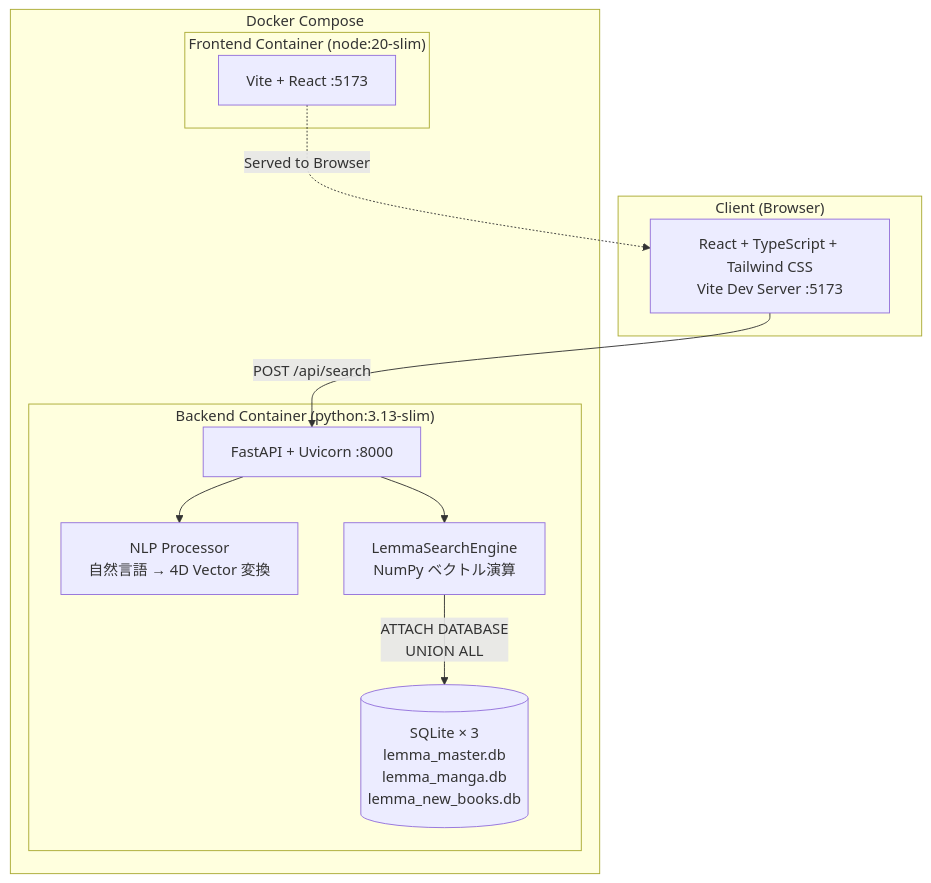
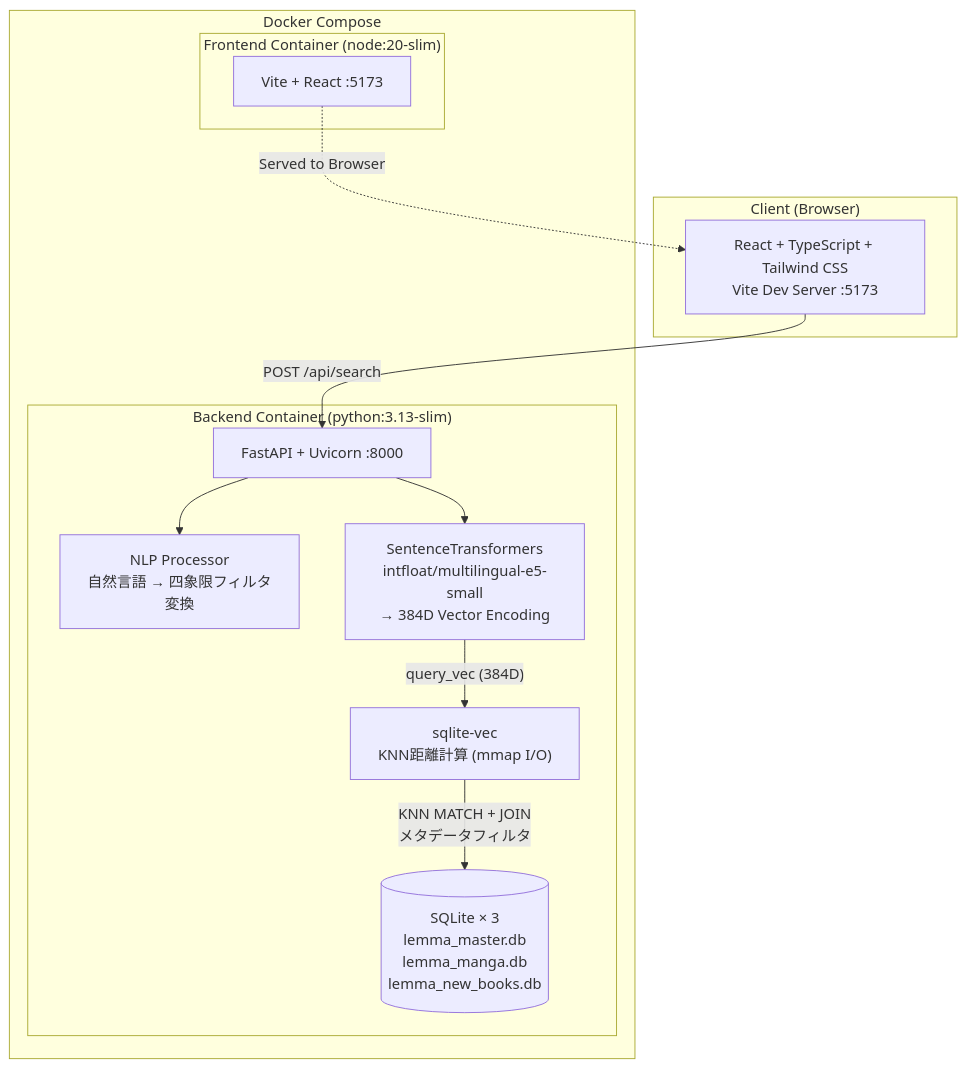
Before and after one commit to aksunknk/Lemma: the diagram in README.md, drawn with Mermaid. The commit also changed other lines of this file and 3 other files, not shown here.

````diff
--- a/README.md
+++ b/README.md
@@ -18,25 +18,27 @@
 ```mermaid
 graph TB
     subgraph Client["Client (Browser)"]
         UI["React + TypeScript + Tailwind CSS<br/>Vite Dev Server :5173"]
     end
 
     subgraph Docker["Docker Compose"]
         subgraph Backend["Backend Container (python:3.13-slim)"]
             API["FastAPI + Uvicorn :8000"]
-            NLP["NLP Processor<br/>自然言語 → 4D Vector 変換"]
-            Engine["LemmaSearchEngine<br/>NumPy ベクトル演算"]
+            NLP["NLP Processor<br/>自然言語 → 四象限フィルタ変換"]
+            Encoder["SentenceTransformers<br/>intfloat/multilingual-e5-small<br/>→ 384D Vector Encoding"]
+            VecSearch["sqlite-vec<br/>KNN距離計算 (mmap I/O)"]
             DB[("SQLite × 3<br/>lemma_master.db<br/>lemma_manga.db<br/>lemma_new_books.db")]
         end
 
         subgraph Frontend["Frontend Container (node:20-slim)"]
             Vite["Vite + React :5173"]
         end
     end
 
     UI -- "POST /api/search" --> API
     API --> NLP
-    API --> Engine
-    Engine -- "ATTACH DATABASE<br/>UNION ALL" --> DB
+    API --> Encoder
+    Encoder -- "query_vec (384D)" --> VecSearch
+    VecSearch -- "KNN MATCH + JOIN<br/>メタデータフィルタ" --> DB
     Vite -. "Served to Browser" .-> UI
 ```
````
